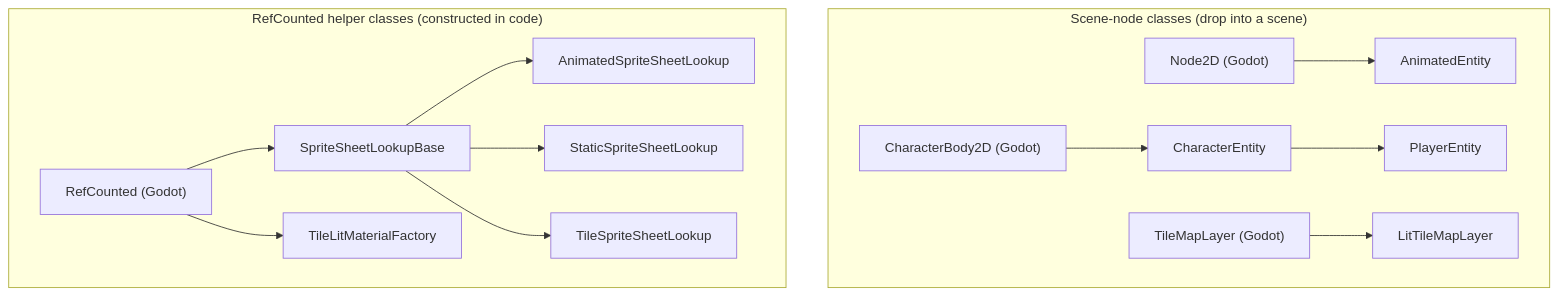
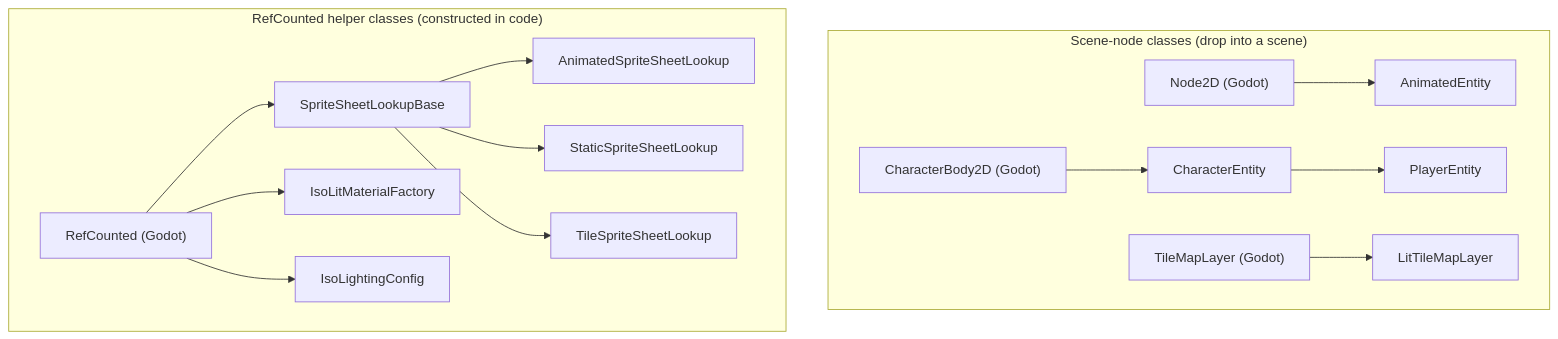
The diagram in addons/godot-pixel-core/README.md (morganloomis/godot-pixel-core), drawn with Mermaid before and after one commit. The commit also changed other lines of this file and 1 other file, not shown here.

````diff
--- a/addons/godot-pixel-core/README.md
+++ b/addons/godot-pixel-core/README.md
@@ -20,21 +20,22 @@
 ```mermaid
 graph TD
 	subgraph scene["Scene-node classes (drop into a scene)"]
 		N2D["Node2D (Godot)"]
 		CB2D["CharacterBody2D (Godot)"]
 		TML["TileMapLayer (Godot)"]
 		N2D --> AnimatedEntity
 		CB2D --> CharacterEntity
 		CharacterEntity --> PlayerEntity
 		TML --> LitTileMapLayer
 	end
 
 	subgraph helpers["RefCounted helper classes (constructed in code)"]
 		RC["RefCounted (Godot)"]
 		RC --> SpriteSheetLookupBase
 		SpriteSheetLookupBase --> AnimatedSpriteSheetLookup
 		SpriteSheetLookupBase --> StaticSpriteSheetLookup
 		SpriteSheetLookupBase --> TileSpriteSheetLookup
-		RC --> TileLitMaterialFactory
+		RC --> IsoLitMaterialFactory
+		RC --> IsoLightingConfig
 	end
 ```
````
